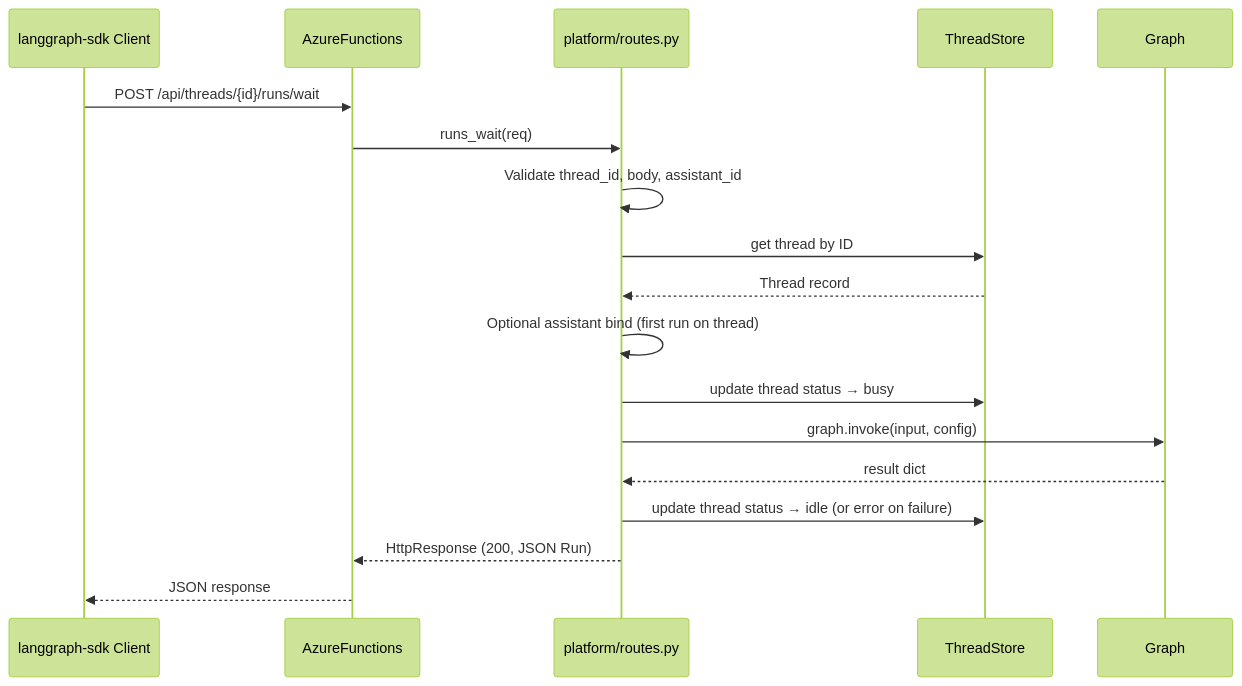
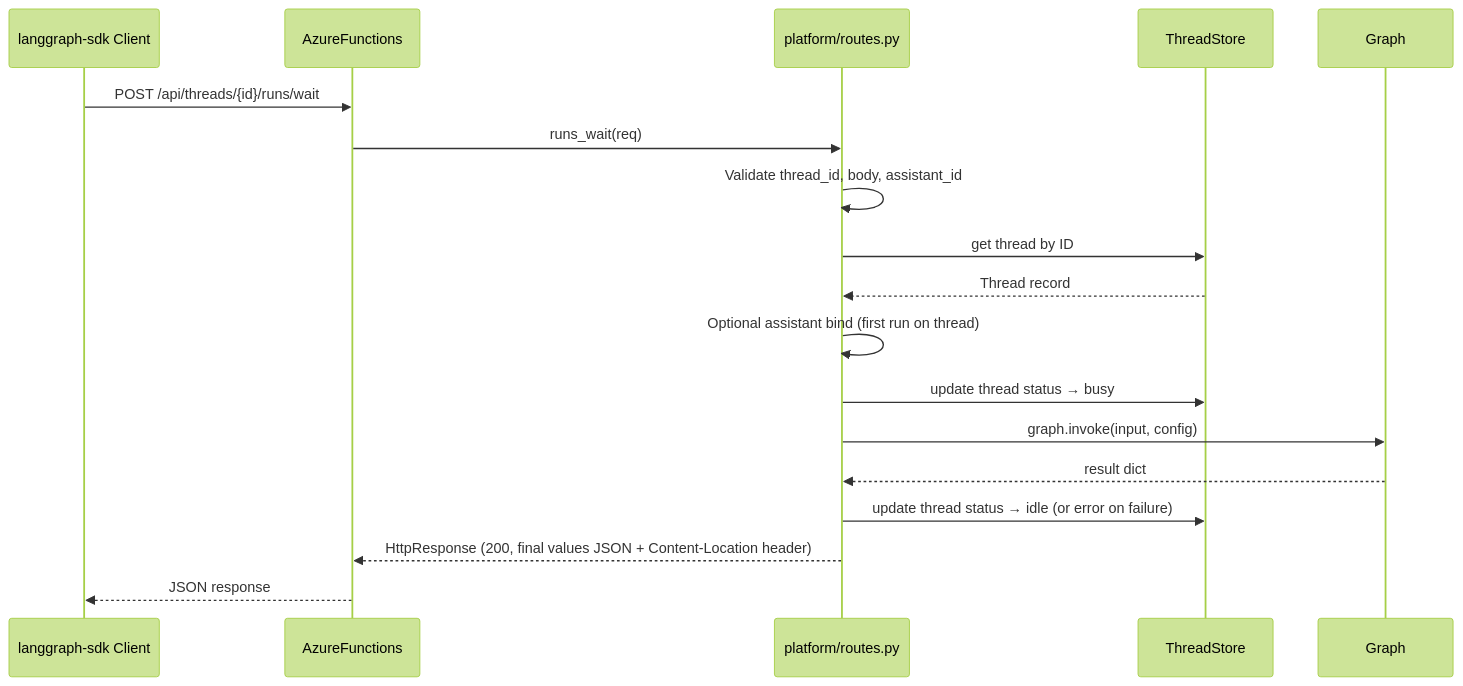
One commit to yeongseon/azure-functions-langgraph changed the fourth of 5 diagrams in docs/architecture.md. Above: the diagram before and after it, drawn with Mermaid (forest theme). The commit also changed other lines of this file and 1 other file, not shown here.

First line of the commit message:
docs: fix architecture doc inaccuracies from Oracle post-merge review

````diff
--- a/docs/architecture.md
+++ b/docs/architecture.md
@@ -98,21 +98,21 @@
 ```mermaid
 sequenceDiagram
     participant SDK as langgraph-sdk Client
     participant AzureFunctions
     participant Routes as platform/routes.py
     participant Store as ThreadStore
     participant Graph
 
     SDK->>AzureFunctions: POST /api/threads/{id}/runs/wait
     AzureFunctions->>Routes: runs_wait(req)
     Routes->>Routes: Validate thread_id, body, assistant_id
     Routes->>Store: get thread by ID
     Store-->>Routes: Thread record
     Routes->>Routes: Optional assistant bind (first run on thread)
     Routes->>Store: update thread status → busy
     Routes->>Graph: graph.invoke(input, config)
     Graph-->>Routes: result dict
     Routes->>Store: update thread status → idle (or error on failure)
-    Routes-->>AzureFunctions: HttpResponse (200, JSON Run)
+    Routes-->>AzureFunctions: HttpResponse (200, final values JSON + Content-Location header)
     AzureFunctions-->>SDK: JSON response
 ```
````
